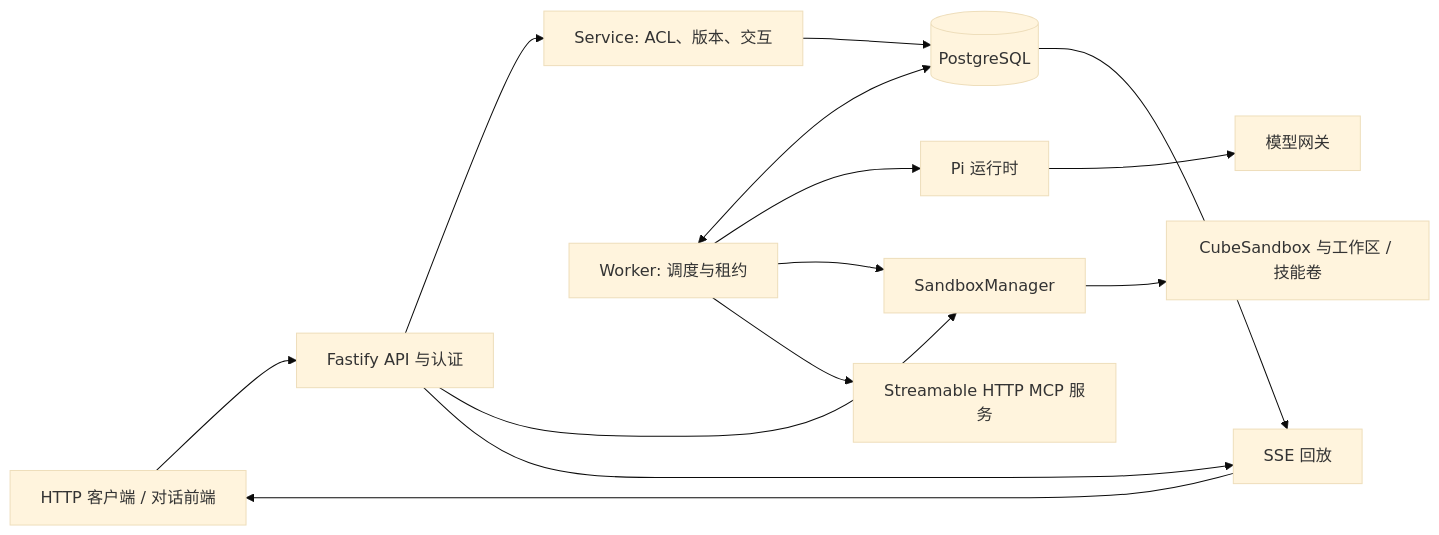
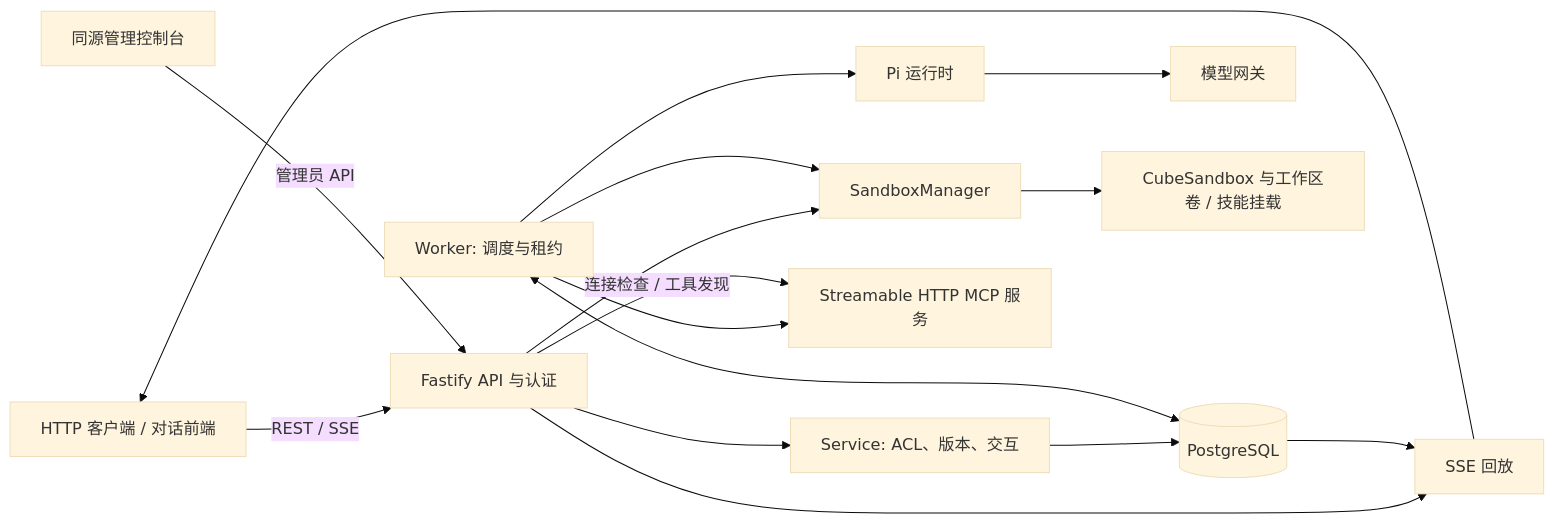
One commit to Garhorne0813/pi-flow changed the first of 2 diagrams in docs/architecture.zh-CN.md. Above: the diagram before and after it, drawn with Mermaid (base theme). The commit also changed other lines of this file and 1 other file, not shown here.

Commit message:
docs: align bilingual architecture guides with main

````diff
--- a/docs/architecture.zh-CN.md
+++ b/docs/architecture.zh-CN.md
@@ -9,16 +9,18 @@
 ```mermaid
 flowchart LR
-    Client[HTTP 客户端 / 对话前端] --> API[Fastify API 与认证]
+    Client[HTTP 客户端 / 对话前端] -->|REST / SSE| API[Fastify API 与认证]
+    Console[同源管理控制台] -->|管理员 API| API
     API --> Service[Service: ACL、版本、交互]
     Service --> DB[(PostgreSQL)]
     API --> Manager[SandboxManager]
     Worker[Worker: 调度与租约] <--> DB
     Worker --> Pi[Pi 运行时]
     Pi --> Gateway[模型网关]
     Worker --> Manager
-    Manager --> Cube[CubeSandbox 与工作区 / 技能卷]
+    Manager --> Cube[CubeSandbox 与工作区卷 / 技能挂载]
     Worker --> MCP[Streamable HTTP MCP 服务]
+    API -->|连接检查 / 工具发现| MCP
     API --> SSE[SSE 回放]
     DB --> SSE
     SSE --> Client
 ```
````
